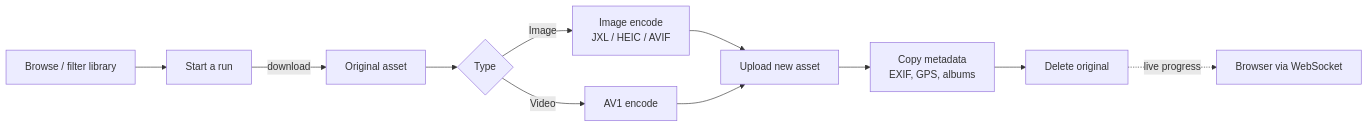
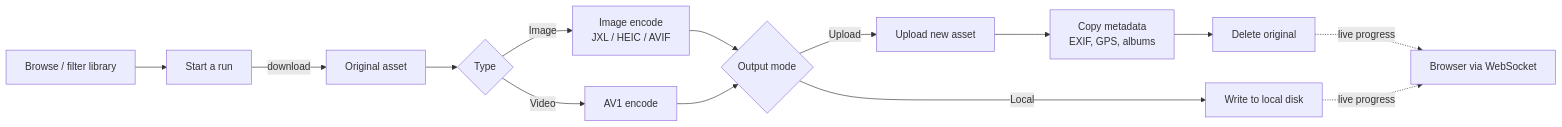
Before and after one commit to fabianwimberger/immich-convert-originals: the diagram in README.md, drawn with Mermaid. The commit also changed other lines of this file and 12 other files, not shown here.

First line of the commit message:
feat: add local-only output mode without re-uploading (#73)

````diff
--- a/README.md
+++ b/README.md
@@ -42,13 +43,16 @@
 ```mermaid
 flowchart LR
     A[Browse / filter library] --> B[Start a run]
     B -->|download| C[Original asset]
     C --> D{Type}
     D -->|Image| E[Image encode<br/>JXL / HEIC / AVIF]
     D -->|Video| F[AV1 encode]
-    E --> G[Upload new asset]
-    F --> G
+    E --> K{Output mode}
+    F --> K
+    K -->|Upload| G[Upload new asset]
+    K -->|Local| L[Write to local disk]
     G --> H[Copy metadata<br/>EXIF, GPS, albums]
     H --> I[Delete original]
     I -.->|live progress| J[Browser via WebSocket]
+    L -.->|live progress| J
 ```
````
